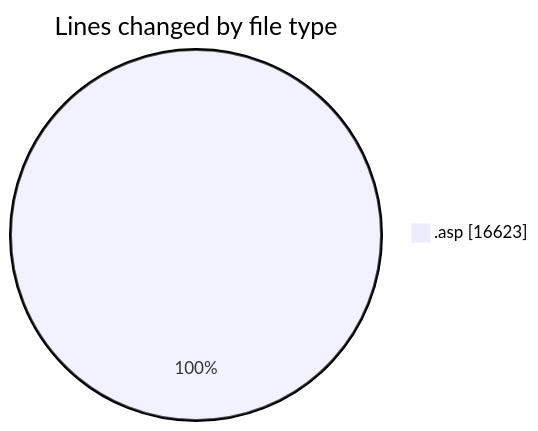
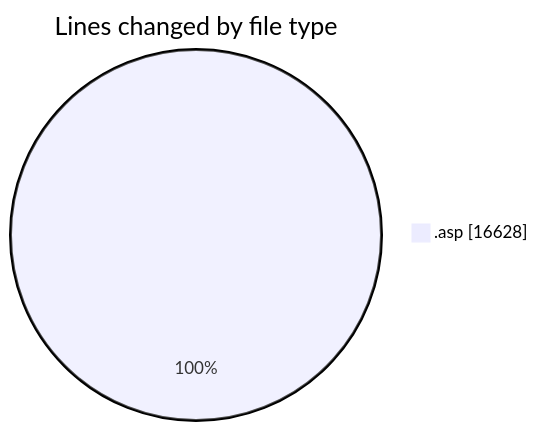
The first of 2 diagrams in 2025-11-14/cdp_aleoudev_fr__workspace_/README.md (julien-gomy/code-tracking), drawn with Mermaid before and after one commit. The commit also changed other lines of this file and 1 other file, not shown here.

````diff
--- a/2025-11-14/cdp_aleoudev_fr__workspace_/README.md
+++ b/2025-11-14/cdp_aleoudev_fr__workspace_/README.md
@@ -33,5 +33,5 @@
 ```mermaid
 pie showData
 title Lines changed by file type
-".asp" : 16623
+".asp" : 16628
 ```
````
